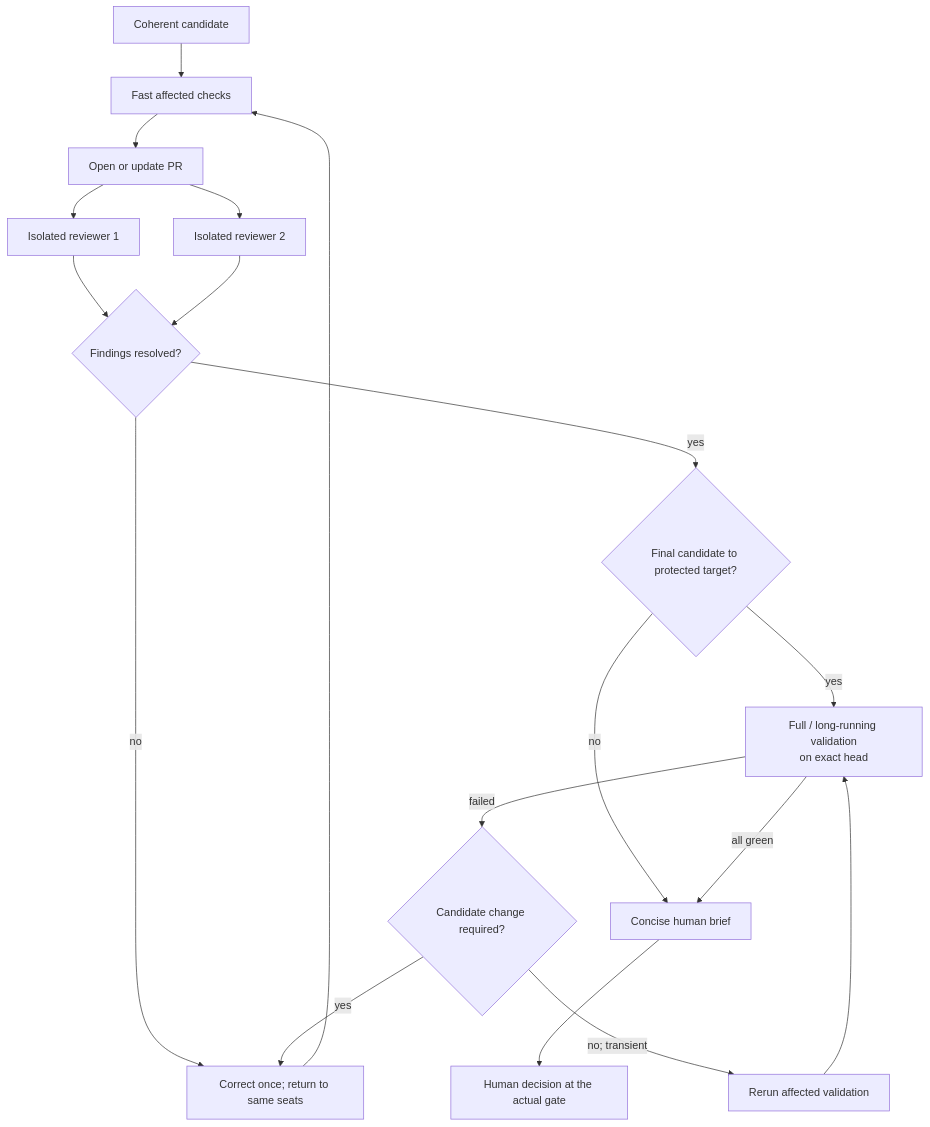
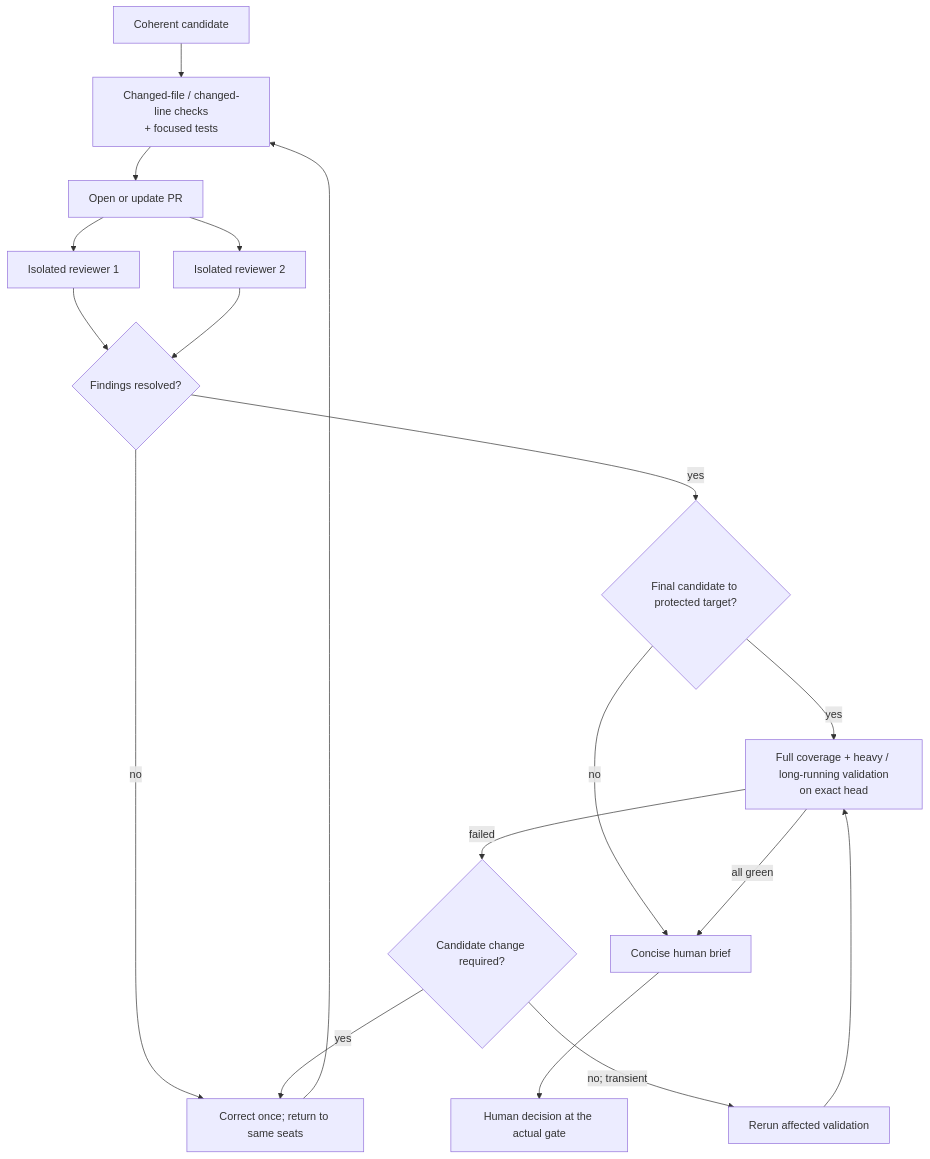
The ninth of 12 diagrams in README.md (hhhhhusky777/spec-driven-delivery-playbook), drawn with Mermaid before and after one commit. The commit also changed other lines of this file and 5 other files, not shown here.

````diff
--- a/README.md
+++ b/README.md
@@ -404,20 +407,20 @@
 ```mermaid
 flowchart TD
-    C["Coherent candidate"] --> F["Fast affected checks"]
+    C["Coherent candidate"] --> F["Changed-file / changed-line checks<br/>+ focused tests"]
     F --> P["Open or update PR"]
     P --> R1["Isolated reviewer 1"]
     P --> R2["Isolated reviewer 2"]
     R1 --> J{"Findings resolved?"}
     R2 --> J
     J -->|"no"| X["Correct once; return to same seats"]
     X --> F
     J -->|"yes"| G{"Final candidate to protected target?"}
     G -->|"no"| B["Task PR human brief"]
-    G -->|"yes"| V["Full / long-running validation<br/>on exact head"]
+    G -->|"yes"| V["Full coverage + heavy / long-running validation<br/>on exact head"]
     V -->|"failed"| D{"Candidate change required?"}
     D -->|"yes"| X
     D -->|"no; transient"| Q["Rerun affected validation"]
     Q --> V
     V -->|"all green"| B["Concise human brief"]
     B --> H["Human decision at the actual gate"]
 ```
````
